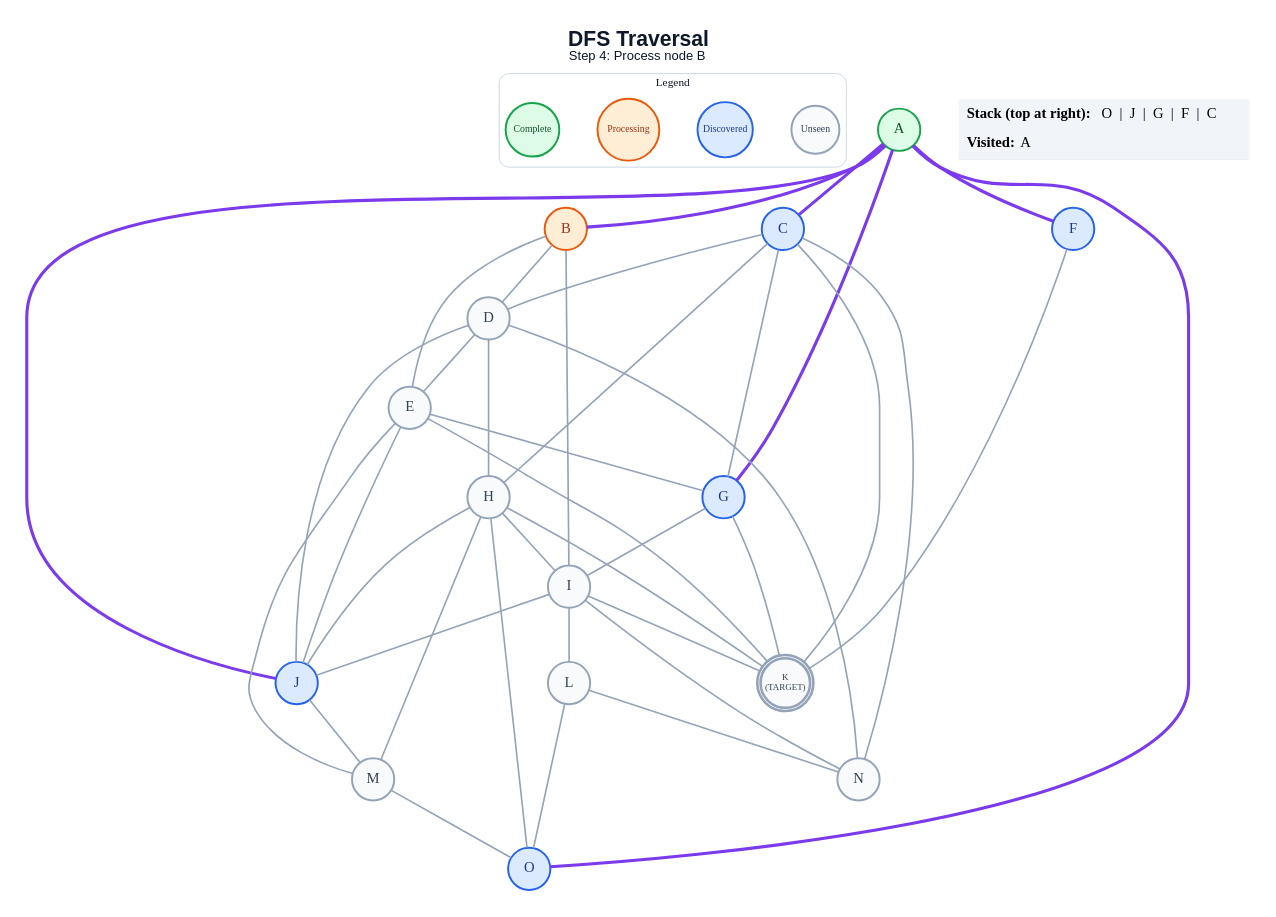
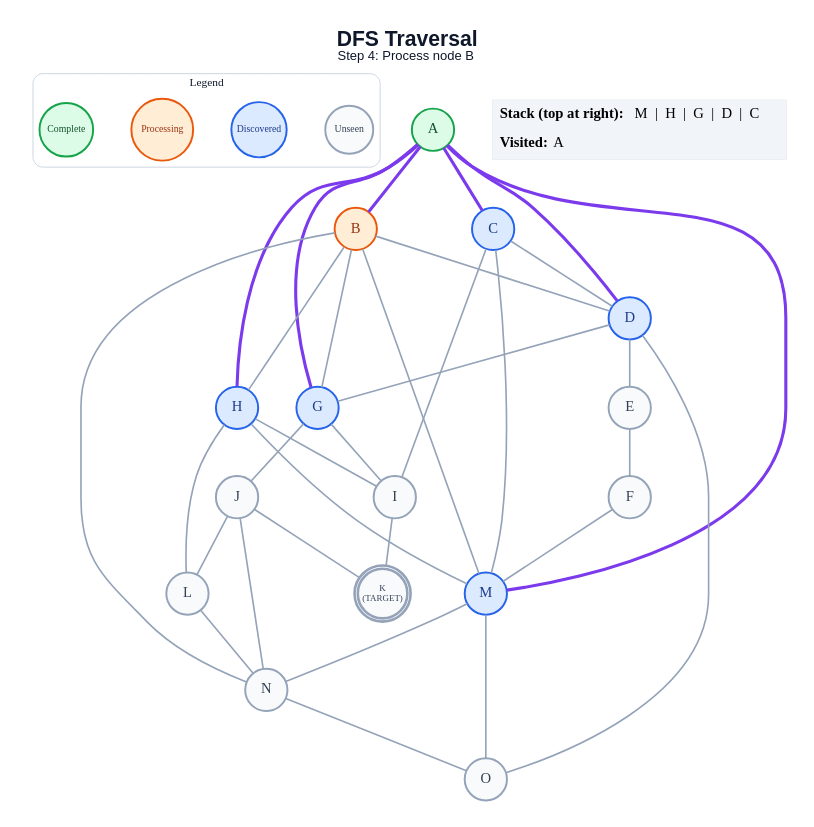
One commit to anon7238593-create/ai-slop changed the diagram in generated/specific-node/dfs/step_04.dot. Above: the diagram before and after it, drawn with Graphviz. The commit also changed 242 other files, not shown here.

```diff
--- a/generated/specific-node/dfs/step_04.dot
+++ b/generated/specific-node/dfs/step_04.dot
@@ -1,72 +1,66 @@
 graph traversal {
   graph [layout=dot, rankdir=TB, bgcolor="#FFFFFF", pad="0.35", nodesep="0.65", ranksep="0.8", fontname="Arial"];
   node [shape=circle, style="filled", fontname="Arial Bold", fontsize=18, width=0.72, fixedsize=true, penwidth=2.4];
   edge [color="#94A3B8", penwidth=2.0];
   label=<<B>DFS Traversal</B><BR/><FONT POINT-SIZE="16">Step 4: Process node B</FONT>>; labelloc="t"; fontsize=26; fontname="Arial"; fontcolor="#0F172A";
   subgraph cluster_legend { label="Legend"; color="#CBD5E1"; penwidth=1.2; style="rounded"; fontsize=14; fontname="Arial Bold";
     key_unseen [label="Unseen", fillcolor="#F8FAFC", color="#94A3B8", fontcolor="#334155", fontsize=12, width=0.82];
     key_frontier [label="Discovered", fillcolor="#DBEAFE", color="#2563EB", fontcolor="#1E3A8A", fontsize=12, width=0.95];
     key_current [label="Processing", fillcolor="#FFEDD5", color="#EA580C", fontcolor="#9A3412", fontsize=12, width=1.05];
     key_done [label="Complete", fillcolor="#DCFCE7", color="#16A34A", fontcolor="#14532D", fontsize=12, width=0.92];
     { rank=same; key_unseen; key_frontier; key_current; key_done; }
   }
   A [label="A", fillcolor="#DCFCE7", color="#16A34A", fontcolor="#14532D", peripheries=1, penwidth=2.4];
   B [label="B", fillcolor="#FFEDD5", color="#EA580C", fontcolor="#9A3412", peripheries=1, penwidth=2.4];
   C [label="C", fillcolor="#DBEAFE", color="#2563EB", fontcolor="#1E3A8A", peripheries=1, penwidth=2.4];
-  D [label="D", fillcolor="#F8FAFC", color="#94A3B8", fontcolor="#334155", peripheries=1, penwidth=2.4];
+  D [label="D", fillcolor="#DBEAFE", color="#2563EB", fontcolor="#1E3A8A", peripheries=1, penwidth=2.4];
   E [label="E", fillcolor="#F8FAFC", color="#94A3B8", fontcolor="#334155", peripheries=1, penwidth=2.4];
-  F [label="F", fillcolor="#DBEAFE", color="#2563EB", fontcolor="#1E3A8A", peripheries=1, penwidth=2.4];
+  F [label="F", fillcolor="#F8FAFC", color="#94A3B8", fontcolor="#334155", peripheries=1, penwidth=2.4];
   G [label="G", fillcolor="#DBEAFE", color="#2563EB", fontcolor="#1E3A8A", peripheries=1, penwidth=2.4];
-  H [label="H", fillcolor="#F8FAFC", color="#94A3B8", fontcolor="#334155", peripheries=1, penwidth=2.4];
+  H [label="H", fillcolor="#DBEAFE", color="#2563EB", fontcolor="#1E3A8A", peripheries=1, penwidth=2.4];
   I [label="I", fillcolor="#F8FAFC", color="#94A3B8", fontcolor="#334155", peripheries=1, penwidth=2.4];
-  J [label="J", fillcolor="#DBEAFE", color="#2563EB", fontcolor="#1E3A8A", peripheries=1, penwidth=2.4];
+  J [label="J", fillcolor="#F8FAFC", color="#94A3B8", fontcolor="#334155", peripheries=1, penwidth=2.4];
   K [label="K\n(TARGET)", fillcolor="#F8FAFC", color="#94A3B8", fontcolor="#334155", peripheries=2, penwidth=3.2, fontsize=11, width=0.85, height=0.85];
   L [label="L", fillcolor="#F8FAFC", color="#94A3B8", fontcolor="#334155", peripheries=1, penwidth=2.4];
-  M [label="M", fillcolor="#F8FAFC", color="#94A3B8", fontcolor="#334155", peripheries=1, penwidth=2.4];
+  M [label="M", fillcolor="#DBEAFE", color="#2563EB", fontcolor="#1E3A8A", peripheries=1, penwidth=2.4];
   N [label="N", fillcolor="#F8FAFC", color="#94A3B8", fontcolor="#334155", peripheries=1, penwidth=2.4];
-  O [label="O", fillcolor="#DBEAFE", color="#2563EB", fontcolor="#1E3A8A", peripheries=1, penwidth=2.4];
+  O [label="O", fillcolor="#F8FAFC", color="#94A3B8", fontcolor="#334155", peripheries=1, penwidth=2.4];
   A -- B [color="#7C3AED", penwidth=3.8];
   A -- C [color="#7C3AED", penwidth=3.8];
-  A -- F [color="#7C3AED", penwidth=3.8];
+  A -- D [color="#7C3AED", penwidth=3.8];
   A -- G [color="#7C3AED", penwidth=3.8];
-  A -- J [color="#7C3AED", penwidth=3.8];
-  A -- O [color="#7C3AED", penwidth=3.8];
+  A -- H [color="#7C3AED", penwidth=3.8];
+  A -- M [color="#7C3AED", penwidth=3.8];
   B -- D;
-  B -- E;
-  B -- I;
+  B -- G;
+  B -- H;
+  B -- M;
+  B -- N;
   C -- D;
-  C -- G;
-  C -- H;
-  C -- K;
-  C -- N;
+  C -- I;
+  C -- M;
   D -- E;
-  D -- H;
-  D -- J;
-  D -- N;
-  E -- G;
-  E -- J;
-  E -- K;
-  E -- M;
-  F -- K;
+  D -- G;
+  D -- O;
+  E -- F;
+  F -- M;
   G -- I;
-  G -- K;
+  G -- J;
   H -- I;
-  H -- J;
-  H -- K;
+  H -- L;
   H -- M;
-  H -- O;
-  I -- J;
   I -- K;
-  I -- L;
-  I -- N;
-  J -- M;
+  J -- K;
+  J -- L;
+  J -- N;
   L -- N;
-  L -- O;
+  M -- N;
   M -- O;
+  N -- O;
   status [shape=plain, fixedsize=false, width=0, height=0, margin=0, label=<
     <TABLE BORDER="0" CELLBORDER="0" CELLPADDING="7" BGCOLOR="#F1F5F9">
-      <TR><TD ALIGN="LEFT"><B>Stack (top at right):</B> O  |  J  |  G  |  F  |  C</TD></TR>
+      <TR><TD ALIGN="LEFT"><B>Stack (top at right):</B> M  |  H  |  G  |  D  |  C</TD></TR>
       <TR><TD ALIGN="LEFT"><B>Visited:</B> A</TD></TR>
     </TABLE>
   >];
 }
```
